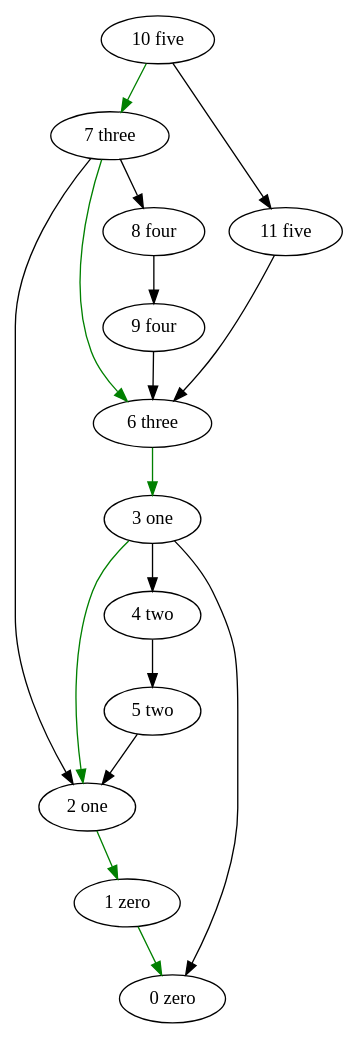
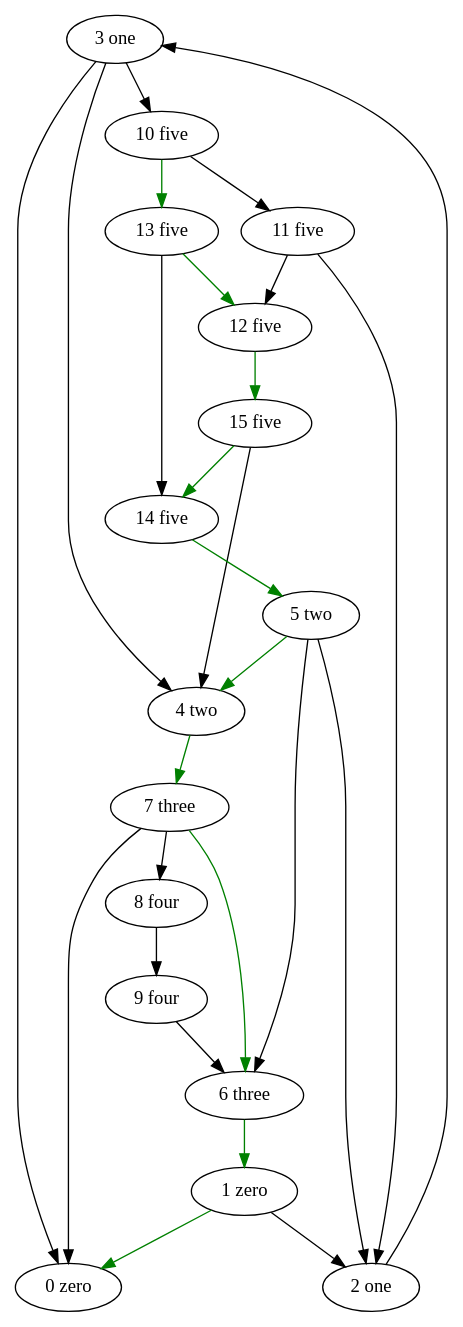
Before and after one commit to Xel4ek/lem_in: the diagram in 4.gv, drawn with Graphviz. The commit also changed 205 other files, not shown here.

```diff
--- a/4.gv
+++ b/4.gv
@@ -1,30 +1,44 @@
 digraph 4 {
 	"0 zero";
 	"3 one";
 	"2 one";
 	"5 two";
 	"4 two";
 	"7 three";
 	"6 three";
 	"9 four";
 	"8 four";
 	"11 five";
 	"10 five";
+	"13 five";
+	"12 five";
+	"15 five";
+	"14 five";
 	"1 zero";
 	"3 one" -> "0 zero";
+	"7 three" -> "0 zero";
 	"1 zero" -> "0 zero" [dir = forward color = "green"];
-	"6 three" -> "3 one" [dir = forward color = "green"];
+	"2 one" -> "3 one";
+	"1 zero" -> "2 one";
 	"5 two" -> "2 one";
-	"7 three" -> "2 one";
-	"3 one" -> "2 one" [dir = forward color = "green"];
-	"4 two" -> "5 two";
+	"11 five" -> "2 one";
+	"14 five" -> "5 two" [dir = forward color = "green"];
+	"15 five" -> "4 two";
 	"3 one" -> "4 two";
-	"10 five" -> "7 three" [dir = forward color = "green"];
+	"5 two" -> "4 two" [dir = forward color = "green"];
+	"4 two" -> "7 three" [dir = forward color = "green"];
+	"5 two" -> "6 three";
 	"9 four" -> "6 three";
-	"11 five" -> "6 three";
 	"7 three" -> "6 three" [dir = forward color = "green"];
 	"8 four" -> "9 four";
 	"7 three" -> "8 four";
 	"10 five" -> "11 five";
-	"2 one" -> "1 zero" [dir = forward color = "green"];
+	"3 one" -> "10 five";
+	"10 five" -> "13 five" [dir = forward color = "green"];
+	"11 five" -> "12 five";
+	"13 five" -> "12 five" [dir = forward color = "green"];
+	"12 five" -> "15 five" [dir = forward color = "green"];
+	"13 five" -> "14 five";
+	"15 five" -> "14 five" [dir = forward color = "green"];
+	"6 three" -> "1 zero" [dir = forward color = "green"];
 	}
```
